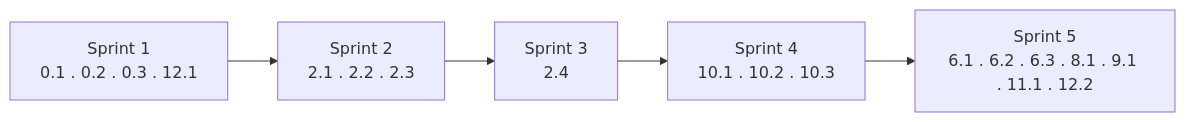
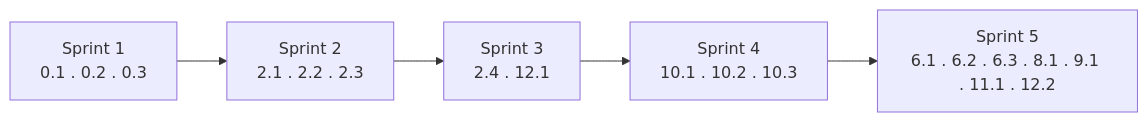
The second of 2 diagrams in docs/awcms-mini/06_github_issues_detail.md (ahliweb/awcms-mini), drawn with Mermaid before and after one commit. The commit also changed other lines of this file and 13 other files, not shown here.

````diff
--- a/docs/awcms-mini/06_github_issues_detail.md
+++ b/docs/awcms-mini/06_github_issues_detail.md
@@ -238,7 +242,7 @@
 ```mermaid
 flowchart LR
-  S1[Sprint 1<br/>0.1 . 0.2 . 0.3 . 12.1] --> S2[Sprint 2<br/>2.1 . 2.2 . 2.3]
-  S2 --> S3[Sprint 3<br/>2.4]
+  S1[Sprint 1<br/>0.1 . 0.2 . 0.3] --> S2[Sprint 2<br/>2.1 . 2.2 . 2.3]
+  S2 --> S3[Sprint 3<br/>2.4 . 12.1]
   S3 --> S4[Sprint 4<br/>10.1 . 10.2 . 10.3]
   S4 --> S5[Sprint 5<br/>6.1 . 6.2 . 6.3 . 8.1 . 9.1 . 11.1 . 12.2]
 ```
````
